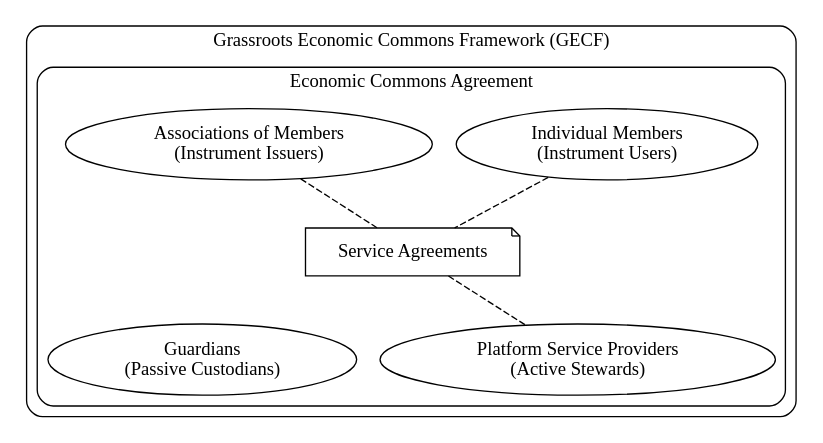
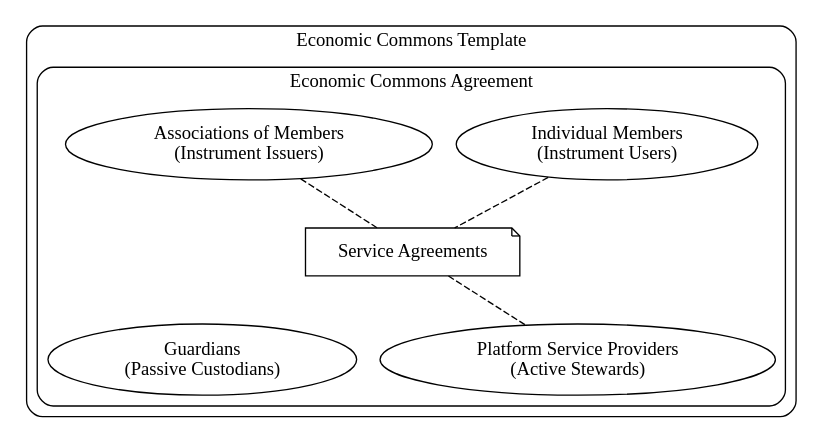
Before and after one commit to grassrootseconomics/docs.grassecon.org: the diagram in docs/commons/index.md, drawn with Graphviz. The commit also changed other lines of this file and 2 other files, not shown here.

````diff
--- a/docs/commons/index.md
+++ b/docs/commons/index.md
@@ -9,30 +9,30 @@
 ```graphviz dot econ_commons1.svg
 digraph D {
  compound=true;
 
   subgraph cluster_e {
 
-    label = "Grassroots Economic Commons Framework (GECF)";
+    label = "Economic Commons Template";
      style="rounded"
 
 
   subgraph cluster_p {
 
     label = "Economic Commons Agreement";
      style="rounded"
      edge [arrowhead=none,arrowtail=dot,style=dashed];
 
      e [label= "Guardians\n(Passive Custodians)"]
      nd_2   [label = "Individual Members\n(Instrument Users)"];
      nd_1   [label = "Associations of Members\n(Instrument Issuers)"];
      	serve_1   [label = "Service Agreements",shape="note"];
 
 	csp   [label = "Platform Service Providers\n(Active Stewards)"];
         nd_1 -> serve_1 -> csp
         nd_2 -> serve_1
 	serve_1 -> e [ style = invis ];
 
   }
     }
 }
 ```
````
